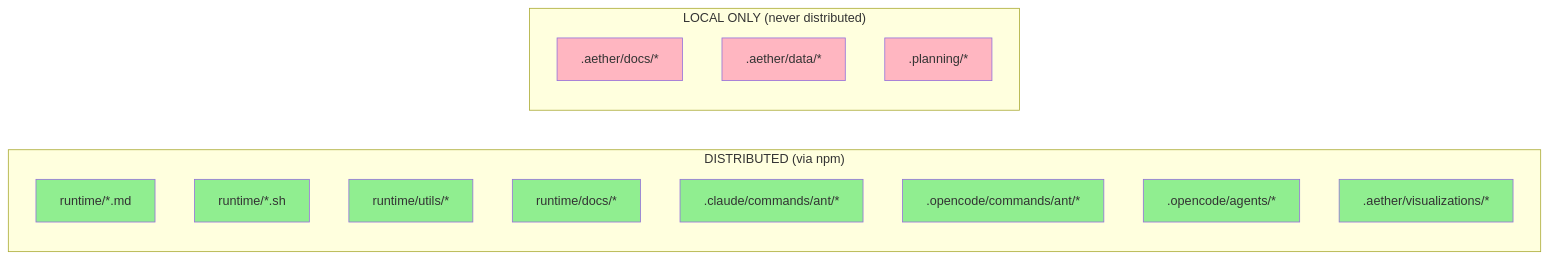
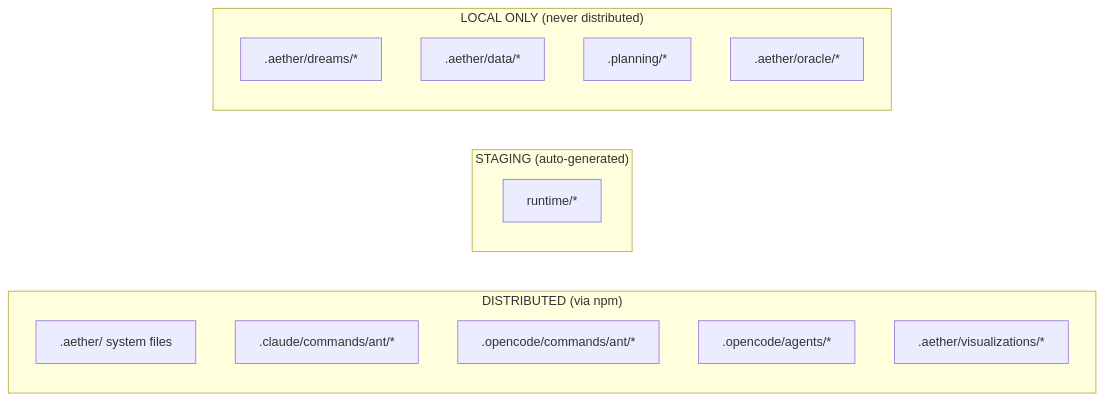
Before and after one commit to calcosmic/Aether: the second of 4 diagrams in RUNTIME UPDATE ARCHITECTURE.md, drawn with Mermaid. The commit also changed other lines of this file and 36 other files, not shown here.

First line of the commit message:
refactor: flip source of truth from runtime/ to .aether/

````diff
--- a/RUNTIME UPDATE ARCHITECTURE.md
+++ b/RUNTIME UPDATE ARCHITECTURE.md
@@ -69,31 +66,21 @@
 ```mermaid
 flowchart LR
-    subgraph "DISTRIBUTED (via npm)"
-        D1["runtime/*.md"]
-        D2["runtime/*.sh"]
-        D3["runtime/utils/*"]
-        D4["runtime/docs/*"]
+    subgraph distributed ["DISTRIBUTED (via npm)"]
+        D1[".aether/ system files"]
         D5[".claude/commands/ant/*"]
         D6[".opencode/commands/ant/*"]
         D7[".opencode/agents/*"]
         D8[".aether/visualizations/*"]
     end
 
-    subgraph "LOCAL ONLY (never distributed)"
-        L1[".aether/docs/*"]
+    subgraph staging ["STAGING (auto-generated)"]
+        S1["runtime/*"]
+    end
+
+    subgraph local ["LOCAL ONLY (never distributed)"]
+        L1[".aether/dreams/*"]
         L2[".aether/data/*"]
         L3[".planning/*"]
+        L4[".aether/oracle/*"]
     end
-
-    style D1 fill:#90EE90
-    style D2 fill:#90EE90
-    style D3 fill:#90EE90
-    style D4 fill:#90EE90
-    style D5 fill:#90EE90
-    style D6 fill:#90EE90
-    style D7 fill:#90EE90
-    style D8 fill:#90EE90
-    style L1 fill:#FFB6C1
-    style L2 fill:#FFB6C1
-    style L3 fill:#FFB6C1
 ```
````
